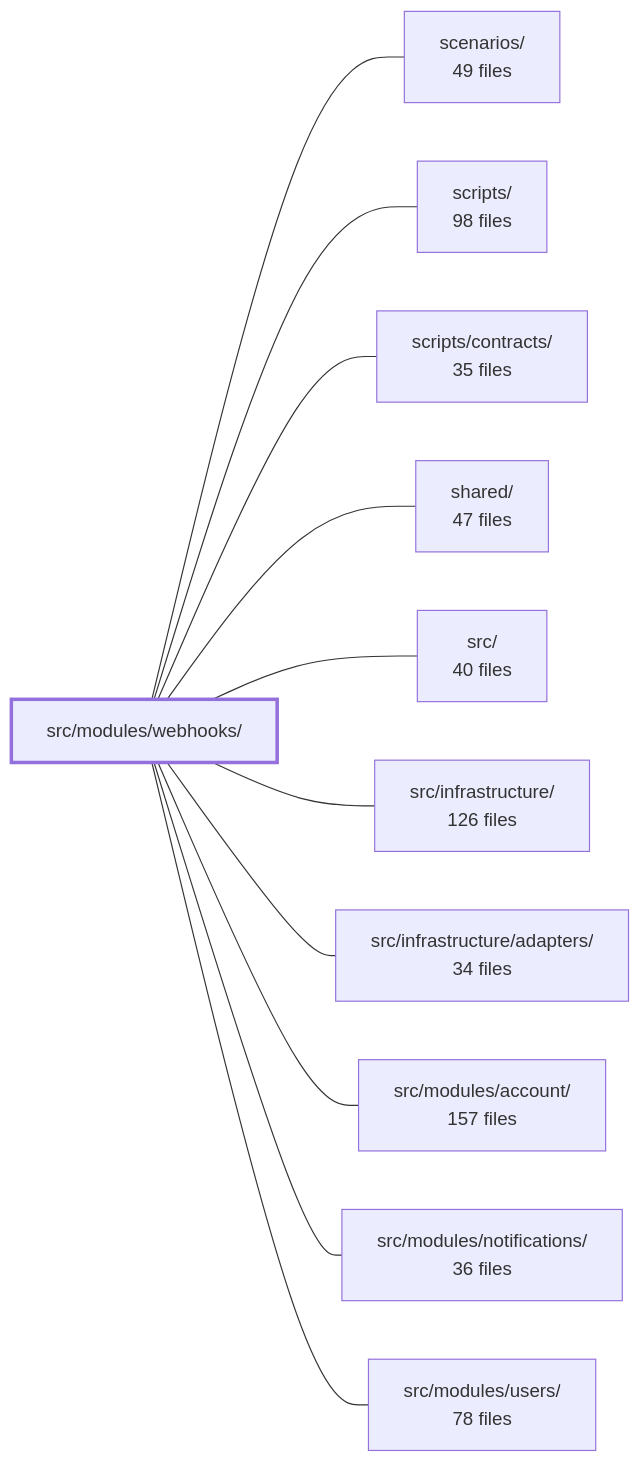
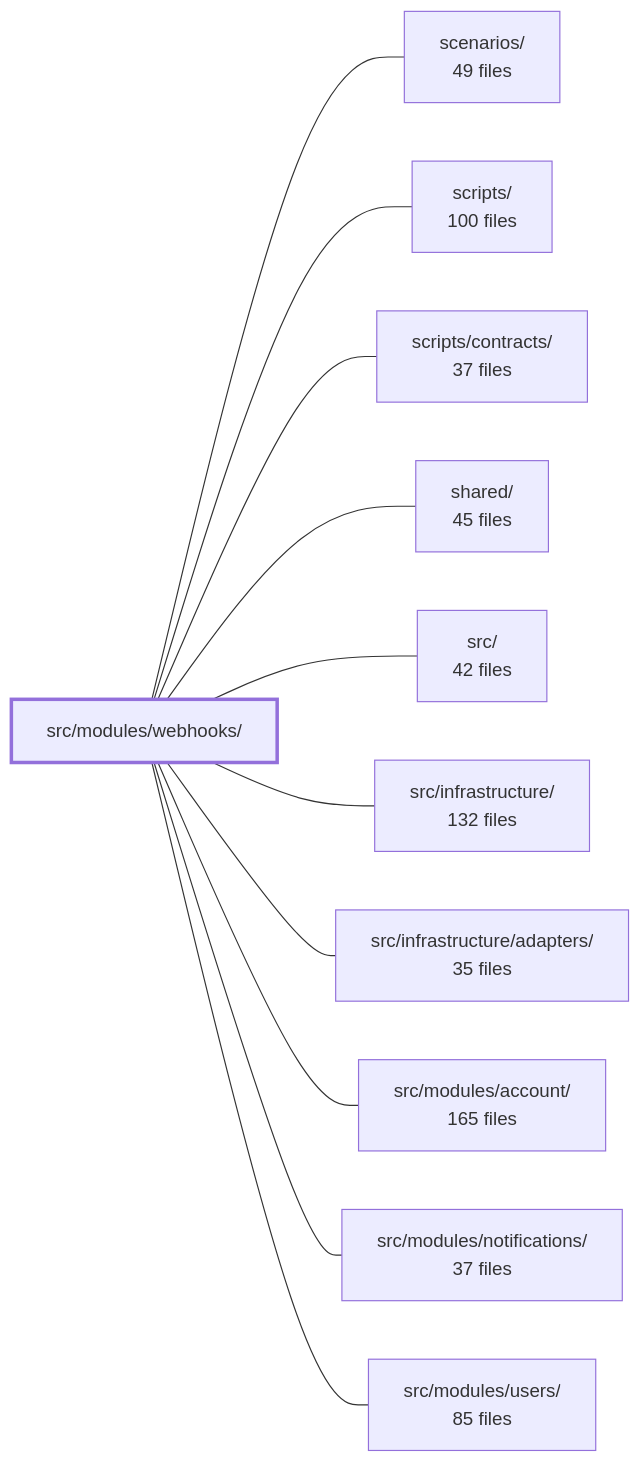
One commit to Guebbit/boilerplate-node-backend changed the diagram in .2brain/modules/boilerplate-node-backend_src_modules_webhooks.md. Above: the diagram before and after it, drawn with Mermaid. The commit also changed other lines of this file and 1102 other files, not shown here.

````diff
--- a/.2brain/modules/boilerplate-node-backend_src_modules_webhooks.md
+++ b/.2brain/modules/boilerplate-node-backend_src_modules_webhooks.md
@@ -45,25 +41,25 @@
 ```mermaid
 flowchart LR
     m_src_modules_webhooks["src/modules/webhooks/"]
     m_scenarios["scenarios/<br/>49 files"]
-    m_scripts["scripts/<br/>98 files"]
-    m_scripts_contracts["scripts/contracts/<br/>35 files"]
-    m_shared["shared/<br/>47 files"]
-    m_src["src/<br/>40 files"]
-    m_src_infrastructure["src/infrastructure/<br/>126 files"]
-    m_src_infrastructure_adapters["src/infrastructure/adapters/<br/>34 files"]
-    m_src_modules_account["src/modules/account/<br/>157 files"]
-    m_src_modules_notifications["src/modules/notifications/<br/>36 files"]
-    m_src_modules_users["src/modules/users/<br/>78 files"]
+    m_scripts["scripts/<br/>100 files"]
+    m_scripts_contracts["scripts/contracts/<br/>37 files"]
+    m_shared["shared/<br/>45 files"]
+    m_src["src/<br/>42 files"]
+    m_src_infrastructure["src/infrastructure/<br/>132 files"]
+    m_src_infrastructure_adapters["src/infrastructure/adapters/<br/>35 files"]
+    m_src_modules_account["src/modules/account/<br/>165 files"]
+    m_src_modules_notifications["src/modules/notifications/<br/>37 files"]
+    m_src_modules_users["src/modules/users/<br/>85 files"]
     m_src_modules_webhooks --- m_scenarios
     m_src_modules_webhooks --- m_scripts
     m_src_modules_webhooks --- m_scripts_contracts
     m_src_modules_webhooks --- m_shared
     m_src_modules_webhooks --- m_src
     m_src_modules_webhooks --- m_src_infrastructure
     m_src_modules_webhooks --- m_src_infrastructure_adapters
     m_src_modules_webhooks --- m_src_modules_account
     m_src_modules_webhooks --- m_src_modules_notifications
     m_src_modules_webhooks --- m_src_modules_users
     style m_src_modules_webhooks stroke-width:3px
 ```
````
